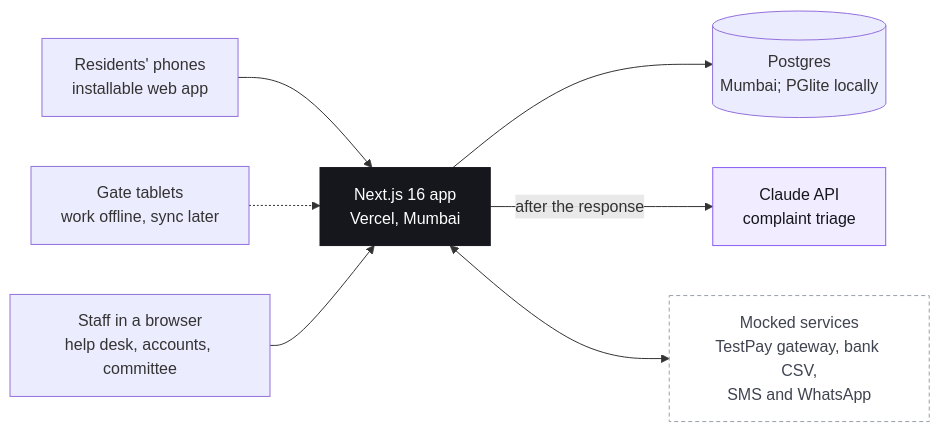
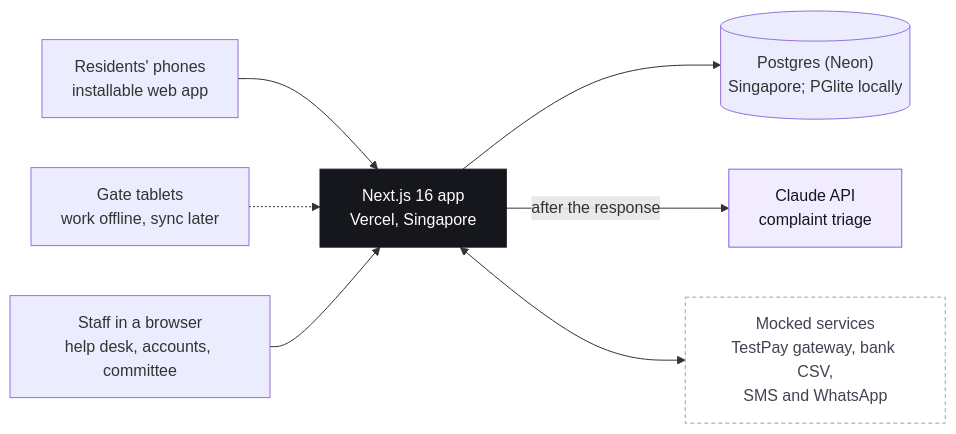
Before and after one commit to ChiR24/TownMOn: the diagram in docs/TDD.md, drawn with Mermaid. The commit also changed other lines of this file and 9 other files, not shown here.

````diff
--- a/docs/TDD.md
+++ b/docs/TDD.md
@@ -31,15 +28,15 @@
 ```mermaid
 flowchart LR
   R["Residents' phones<br/>installable web app"] --> A
   G["Gate tablets<br/>work offline, sync later"] -.-> A
   S["Staff in a browser<br/>help desk, accounts, committee"] --> A
-  A["Next.js 16 app<br/>Vercel, Mumbai"] --> D[("Postgres<br/>Mumbai; PGlite locally")]
+  A["Next.js 16 app<br/>Vercel, Singapore"] --> D[("Postgres (Neon)<br/>Singapore; PGlite locally")]
   A -->|after the response| C["Claude API<br/>complaint triage"]
   A <--> M["Mocked services<br/>TestPay gateway, bank CSV,<br/>SMS and WhatsApp"]
   classDef app fill:#15171c,stroke:#15171c,color:#ffffff
   classDef ai fill:#f1ecff,stroke:#8b5cf6,color:#15171c
   classDef mock fill:#ffffff,stroke:#9aa0aa,stroke-dasharray:4 3,color:#3f4450
   class A app
   class C ai
   class M mock
 ```
````
